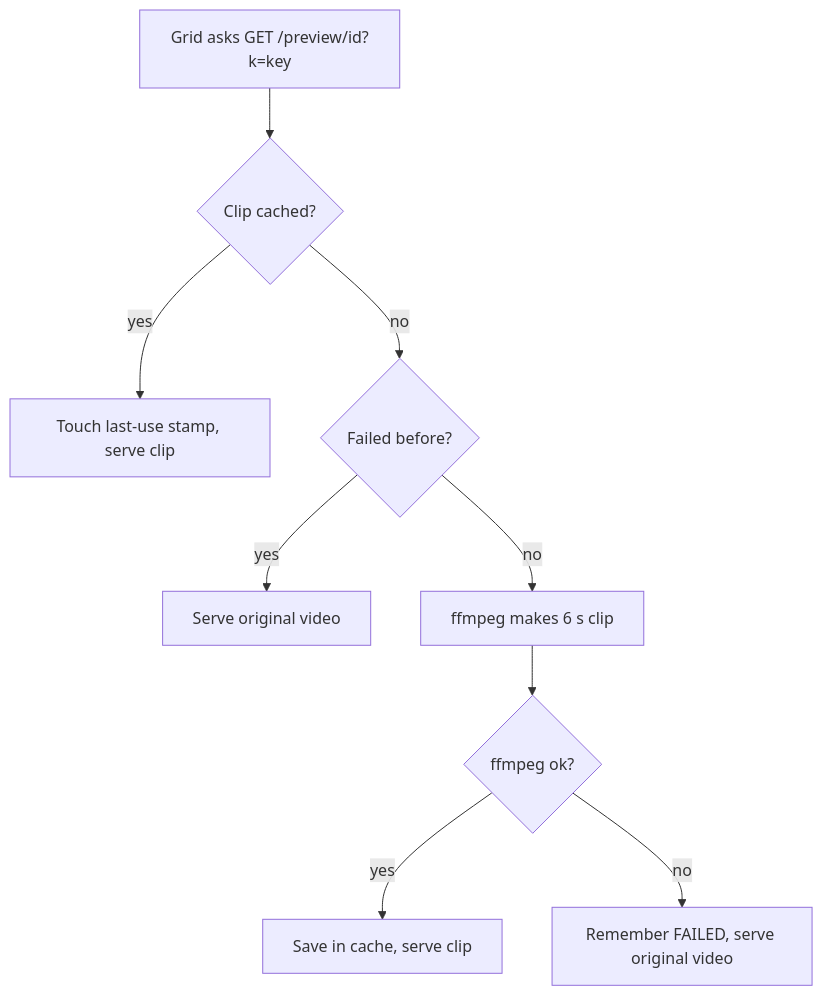
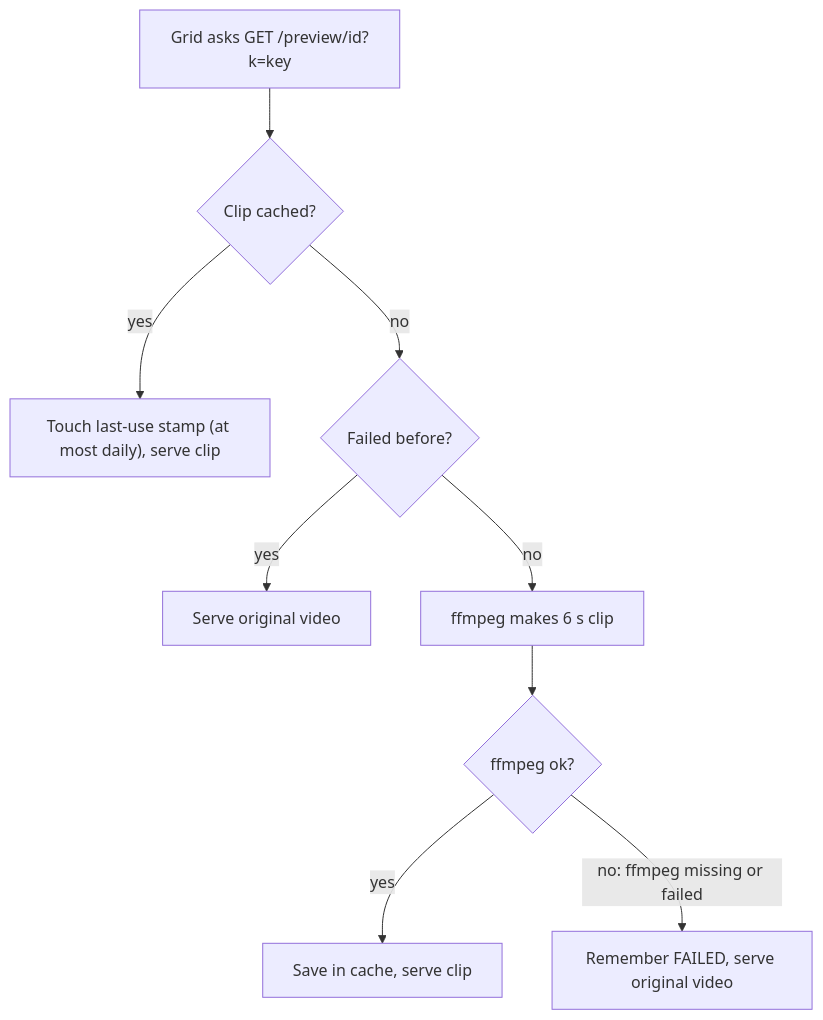
The second of 3 diagrams in README.md (rafavcc/app-civitai), drawn with Mermaid before and after one commit. The commit also changed 4 other files, not shown here.

````diff
--- a/README.md
+++ b/README.md
@@ -61,11 +61,11 @@
 ```mermaid
 flowchart TD
     A["Grid asks GET /preview/id?k=key"] --> B{"Clip cached?"}
-    B -->|yes| C["Touch last-use stamp, serve clip"]
+    B -->|yes| C["Touch last-use stamp (at most daily), serve clip"]
     B -->|no| D{"Failed before?"}
     D -->|yes| H["Serve original video"]
     D -->|no| E["ffmpeg makes 6 s clip"]
     E --> F{"ffmpeg ok?"}
     F -->|yes| G["Save in cache, serve clip"]
-    F -->|no| I["Remember FAILED, serve original video"]
+    F -->|"no: ffmpeg missing or failed"| I["Remember FAILED, serve original video"]
 ```
````
